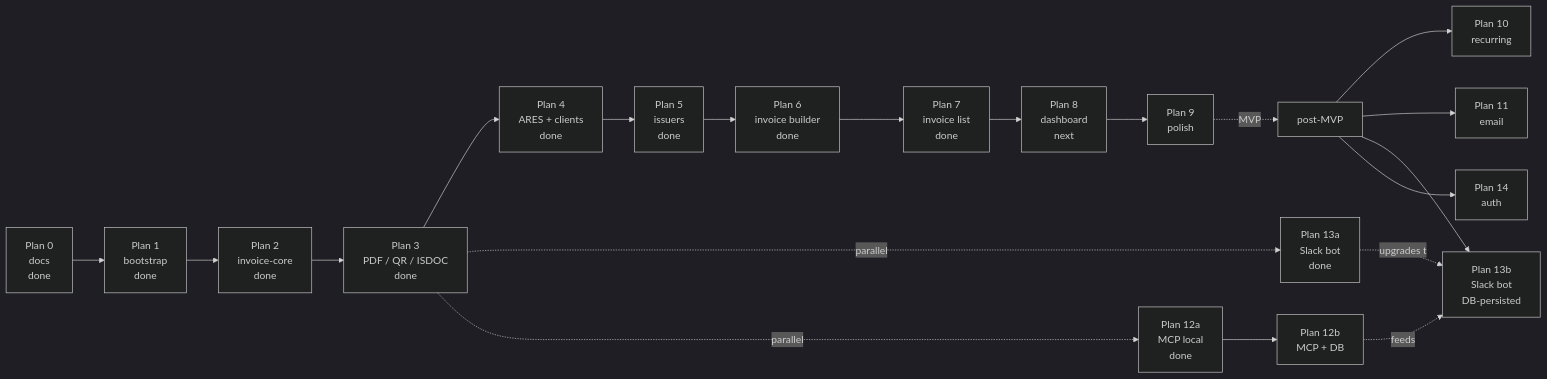
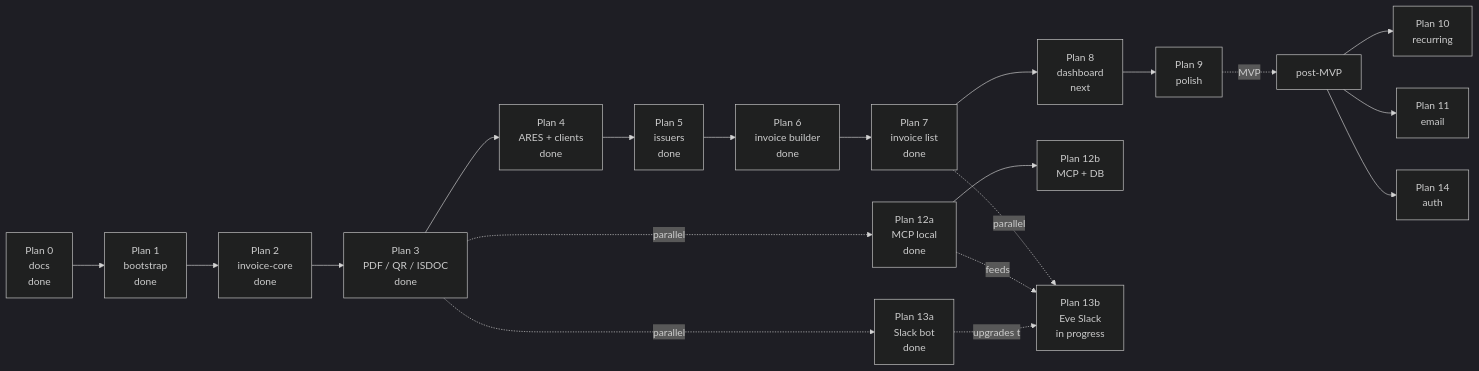
Before and after one commit to filipditrich/inveoiceyai: the diagram in docs/roadmap.md, drawn with Mermaid (dark theme). The commit also changed other lines of this file and 48 other files, not shown here.

First line of the commit message:
feat(web): ship Eve Slack agent with Neon invoice ops

````diff
--- a/docs/roadmap.md
+++ b/docs/roadmap.md
@@ -7,22 +7,22 @@
 ```mermaid
 flowchart LR
     P0["Plan 0<br/>docs<br/>done"] --> P1["Plan 1<br/>bootstrap<br/>done"]
     P1 --> P2["Plan 2<br/>invoice-core<br/>done"]
     P2 --> P3["Plan 3<br/>PDF / QR / ISDOC<br/>done"]
     P3 --> P4["Plan 4<br/>ARES + clients<br/>done"]
     P4 --> P5["Plan 5<br/>issuers<br/>done"]
     P5 --> P6["Plan 6<br/>invoice builder<br/>done"]
     P6 --> P7["Plan 7<br/>invoice list<br/>done"]
     P7 --> P8["Plan 8<br/>dashboard<br/>next"]
     P8 --> P9["Plan 9<br/>polish"]
     P3 -.parallel.-> P13a["Plan 13a<br/>Slack bot<br/>done"]
     P3 -.parallel.-> P12a["Plan 12a<br/>MCP local<br/>done"]
     P9 -.MVP.-> Post["post-MVP"]
     Post --> P10["Plan 10<br/>recurring"]
     Post --> P11["Plan 11<br/>email"]
     P12a --> P12b["Plan 12b<br/>MCP + DB"]
-    Post --> P13b["Plan 13b<br/>Slack bot<br/>DB-persisted"]
+    P7 -.parallel.-> P13b["Plan 13b<br/>Eve Slack<br/>in progress"]
     Post --> P14["Plan 14<br/>auth"]
-    P12b -.feeds.-> P13b
+    P12a -.feeds.-> P13b
     P13a -.upgrades to.-> P13b
 ```
````
